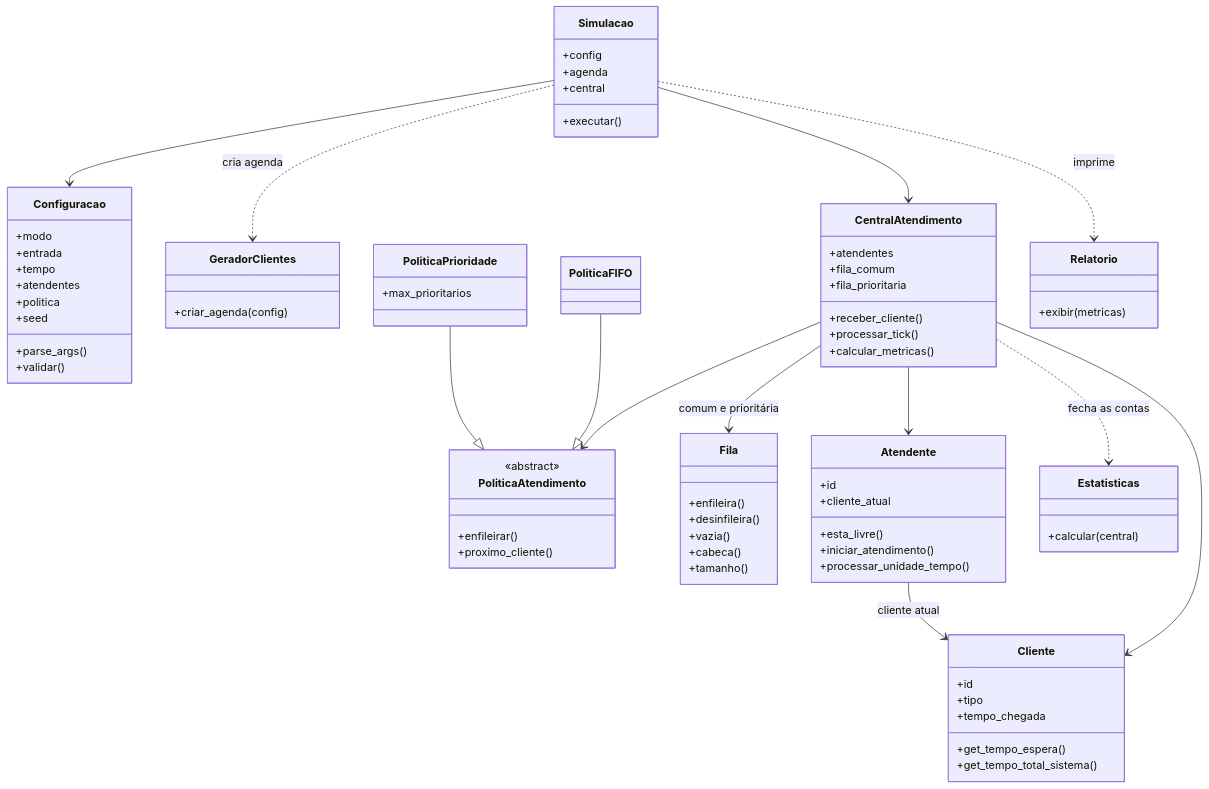
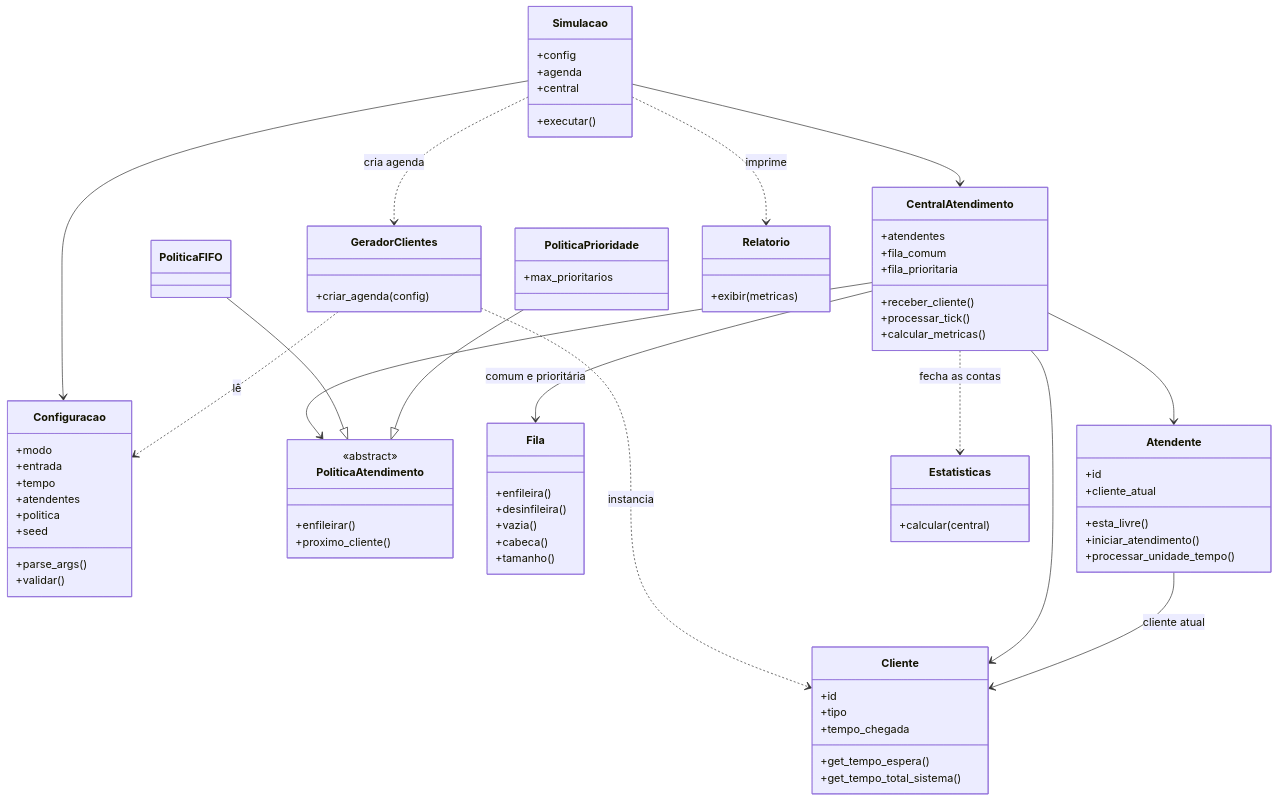
Before and after one commit to ikkeph/cursor-trabalho_filas: the diagram in README.md, drawn with Mermaid.

Commit message:
atualização do diagrama de classes 2

```diff
--- a/README.md
+++ b/README.md
@@ -125,6 +125,8 @@
     Simulacao --> Configuracao
     Simulacao --> CentralAtendimento
     Simulacao ..> GeradorClientes : cria agenda
+    GeradorClientes ..> Cliente : instancia
+    GeradorClientes ..> Configuracao : lê
     Simulacao ..> Relatorio : imprime
     CentralAtendimento --> PoliticaAtendimento
     CentralAtendimento --> Fila : comum e prioritária
```
